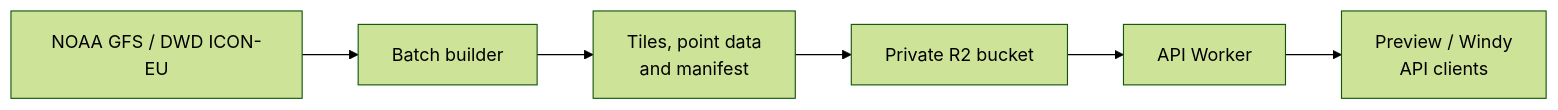
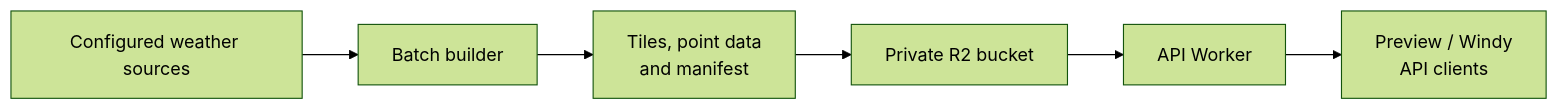
The first of 3 diagrams in docs/architecture.md (jdorrance/av-layers), drawn with Mermaid (forest theme) before and after one commit. The commit also changed other lines of this file and 48 other files, not shown here.

````diff
--- a/docs/architecture.md
+++ b/docs/architecture.md
@@ -7,8 +7,8 @@
 ```mermaid
 flowchart LR
-  sources["NOAA GFS / DWD ICON-EU"] --> batch["Batch builder"]
+  sources["Configured weather sources"] --> batch["Batch builder"]
   batch --> files["Tiles, point data<br/>and manifest"]
   files --> r2["Private R2 bucket"]
   r2 --> api["API Worker"]
   api --> clients["Preview / Windy<br/>API clients"]
 ```
````
